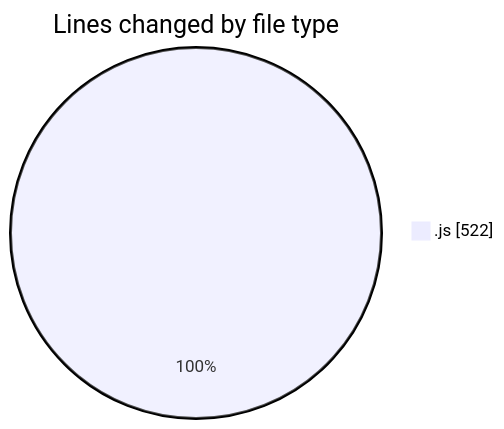
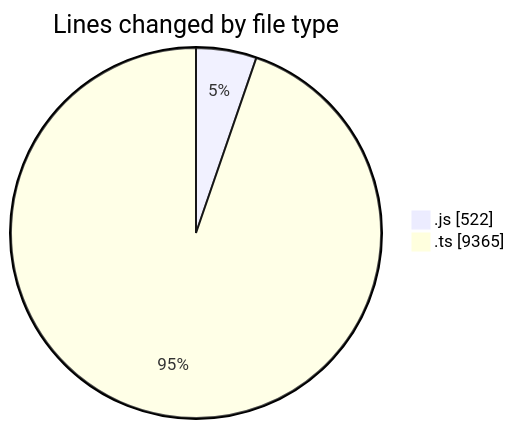
One commit to momahboobian/code-tracking changed the first of 2 diagrams in 2025-08-15/cda/README.md. Above: the diagram before and after it, drawn with Mermaid. The commit also changed other lines of this file and 1 other file, not shown here.

````diff
--- a/2025-08-15/cda/README.md
+++ b/2025-08-15/cda/README.md
@@ -20,5 +22,6 @@
 ```mermaid
 pie showData
 title Lines changed by file type
 ".js" : 522
+".ts" : 9365
 ```
````
